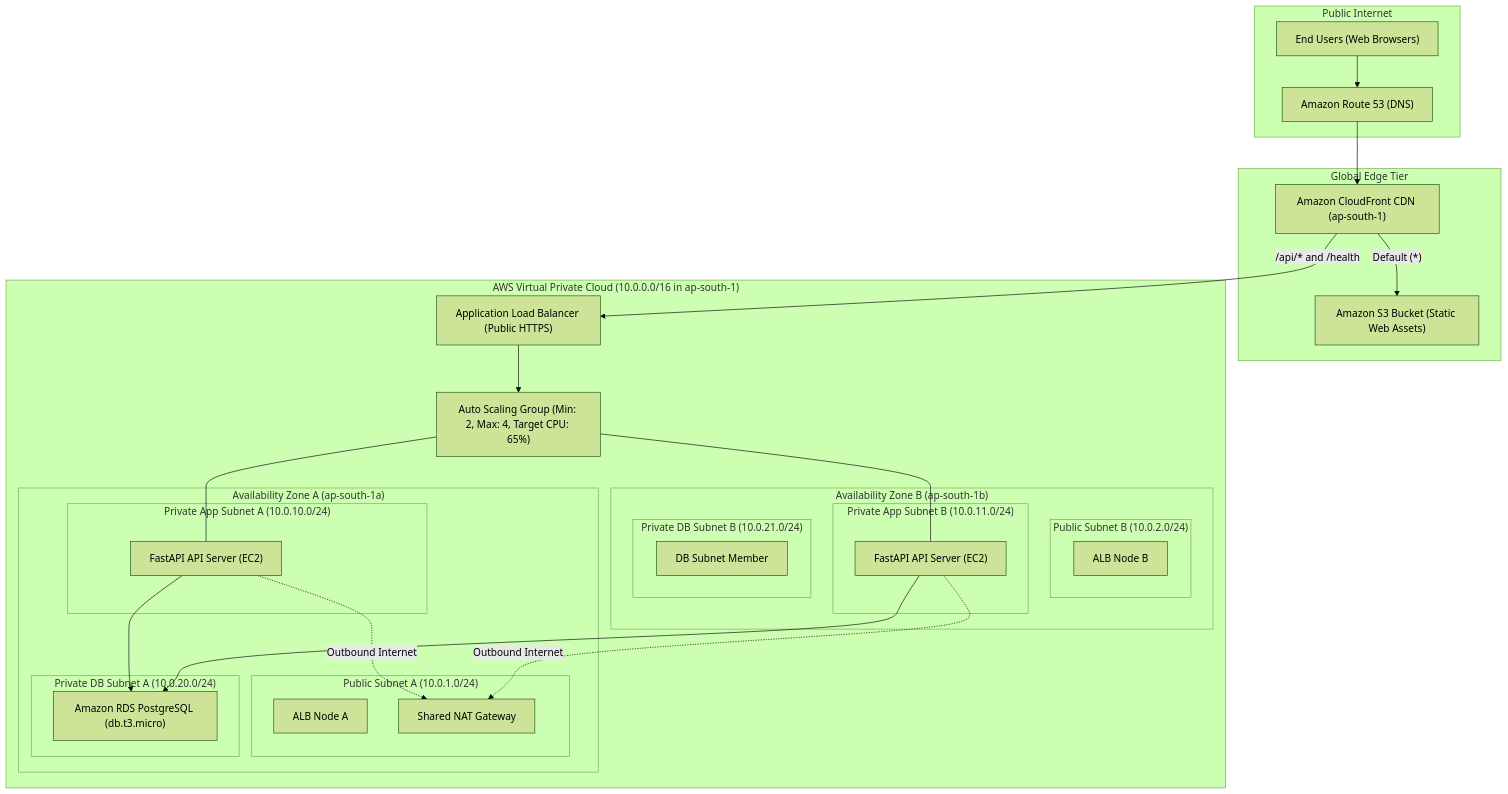
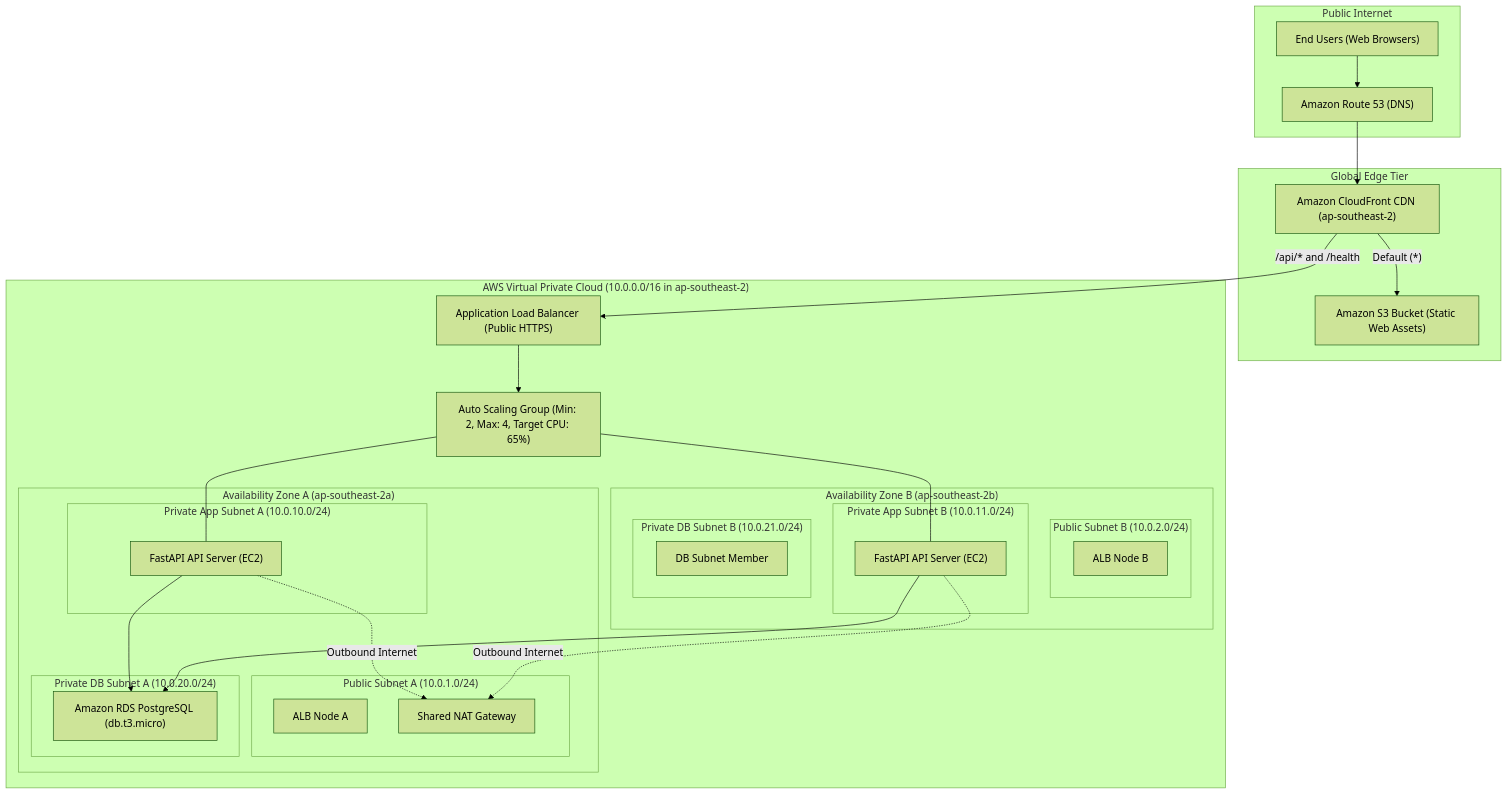
One commit to Leuizack77/Professional-Level-Cloud-Web-Application changed the first of 4 diagrams in docs/ARCHITECTURE.md. Above: the diagram before and after it, drawn with Mermaid (forest theme). The commit also changed other lines of this file and 12 other files, not shown here.

````diff
--- a/docs/ARCHITECTURE.md
+++ b/docs/ARCHITECTURE.md
@@ -13,54 +13,54 @@
 ```mermaid
 flowchart TD
     subgraph Internet ["Public Internet"]
         Users["End Users (Web Browsers)"]
         Route53["Amazon Route 53 (DNS)"]
     end
 
     subgraph Edge ["Global Edge Tier"]
-        CloudFront["Amazon CloudFront CDN (ap-south-1)"]
+        CloudFront["Amazon CloudFront CDN (ap-southeast-2)"]
         S3["Amazon S3 Bucket (Static Web Assets)"]
     end
 
-    subgraph AWS_VPC ["AWS Virtual Private Cloud (10.0.0.0/16 in ap-south-1)"]
-        subgraph AZ_A ["Availability Zone A (ap-south-1a)"]
+    subgraph AWS_VPC ["AWS Virtual Private Cloud (10.0.0.0/16 in ap-southeast-2)"]
+        subgraph AZ_A ["Availability Zone A (ap-southeast-2a)"]
             subgraph Public_Subnet_A ["Public Subnet A (10.0.1.0/24)"]
                 ALB_A["ALB Node A"]
                 NAT_A["Shared NAT Gateway"]
             end
             subgraph Private_App_Subnet_A ["Private App Subnet A (10.0.10.0/24)"]
                 EC2_A["FastAPI API Server (EC2)"]
             end
             subgraph Private_DB_Subnet_A ["Private DB Subnet A (10.0.20.0/24)"]
                 RDS_Primary["Amazon RDS PostgreSQL (db.t3.micro)"]
             end
         end
 
-        subgraph AZ_B ["Availability Zone B (ap-south-1b)"]
+        subgraph AZ_B ["Availability Zone B (ap-southeast-2b)"]
             subgraph Public_Subnet_B ["Public Subnet B (10.0.2.0/24)"]
                 ALB_B["ALB Node B"]
             end
             subgraph Private_App_Subnet_B ["Private App Subnet B (10.0.11.0/24)"]
                 EC2_B["FastAPI API Server (EC2)"]
             end
             subgraph Private_DB_Subnet_B ["Private DB Subnet B (10.0.21.0/24)"]
                 RDS_Subnet_B["DB Subnet Member"]
             end
         end
 
         ASG["Auto Scaling Group (Min: 2, Max: 4, Target CPU: 65%)"]
         ALB["Application Load Balancer (Public HTTPS)"]
     end
 
     Users --> Route53
     Route53 --> CloudFront
     CloudFront -- "Default (*)" --> S3
     CloudFront -- "/api/* and /health" --> ALB
     ALB --> ASG
     ASG --- EC2_A
     ASG --- EC2_B
     EC2_A --> RDS_Primary
     EC2_B --> RDS_Primary
     EC2_A -. Outbound Internet .-> NAT_A
     EC2_B -. Outbound Internet .-> NAT_A
 ```
````
